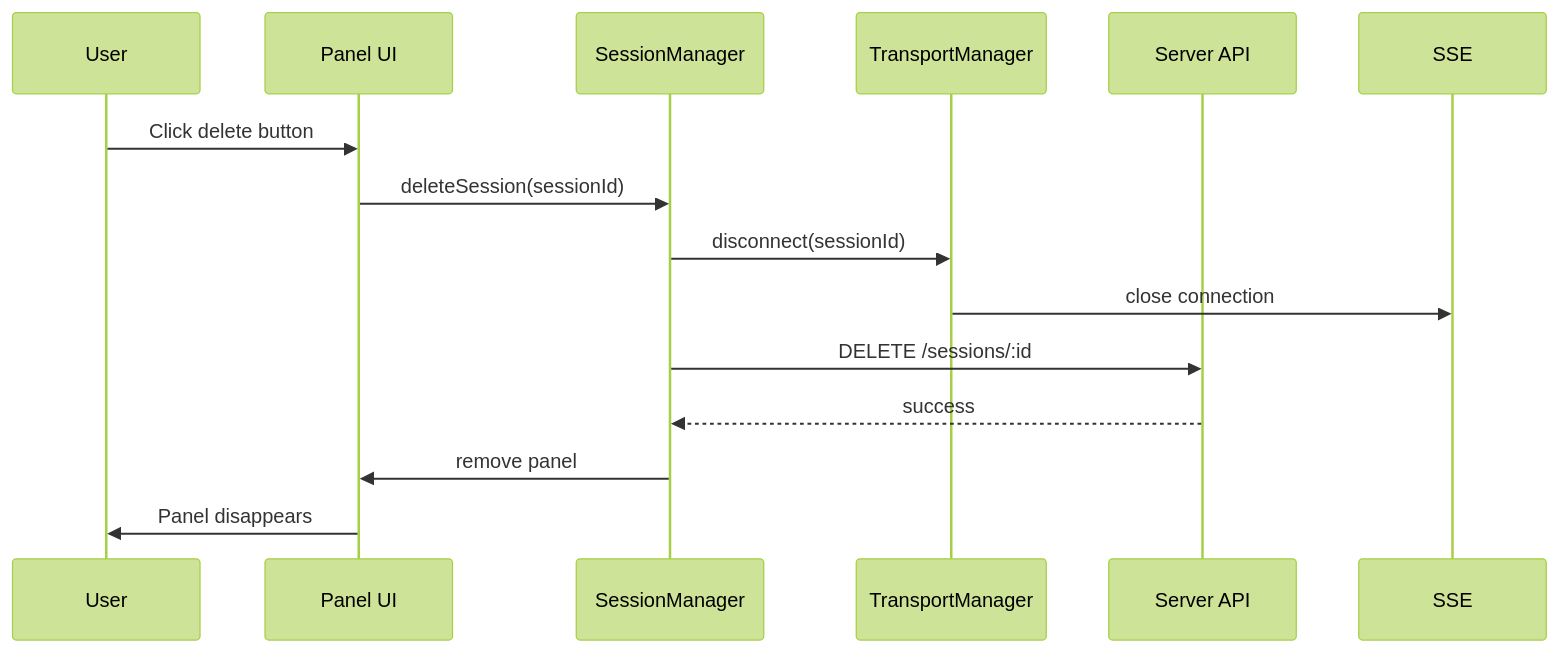
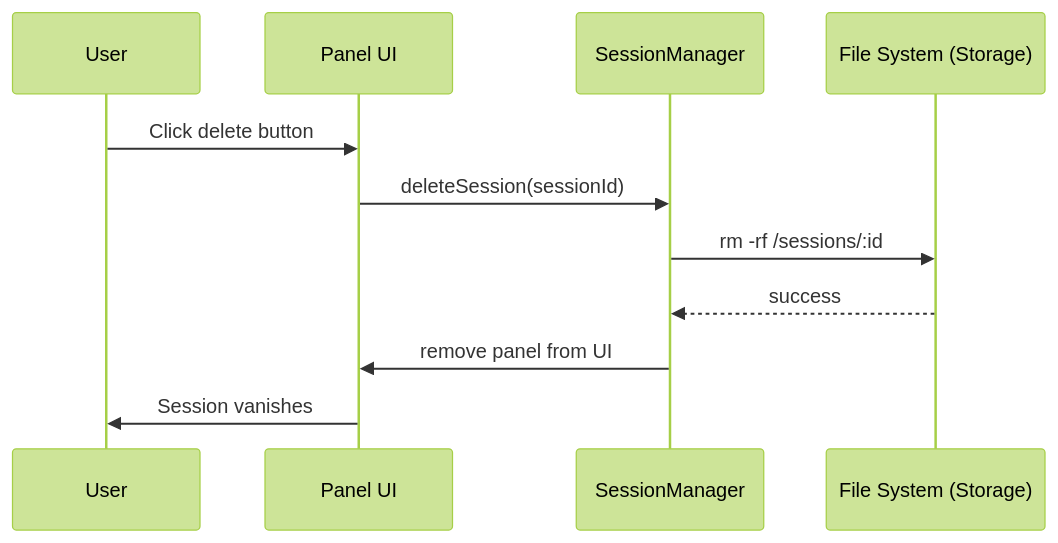
Before and after one commit to donkeyhotshow/a2a-script-agent-autonomy: the third of 3 diagrams in a2a-client/docs/workflows/session-lifecycle/README.md, drawn with Mermaid (forest theme). The commit also changed other lines of this file and 280 other files, not shown here.

````diff
--- a/a2a-client/docs/workflows/session-lifecycle/README.md
+++ b/a2a-client/docs/workflows/session-lifecycle/README.md
@@ -111,17 +106,14 @@
 ```mermaid
 sequenceDiagram
     participant U as User
     participant UI as Panel UI
     participant SM as SessionManager
-    participant TM as TransportManager
-    participant API as Server API
+    participant FS as File System (Storage)
 
     U->>UI: Click delete button
     UI->>SM: deleteSession(sessionId)
-    SM->>TM: disconnect(sessionId)
-    TM->>SSE: close connection
-    SM->>API: DELETE /sessions/:id
-    API-->>SM: success
-    SM->>UI: remove panel
-    UI->>U: Panel disappears
+    SM->>FS: rm -rf /sessions/:id
+    FS-->>SM: success
+    SM->>UI: remove panel from UI
+    UI->>U: Session vanishes
 ```
````
